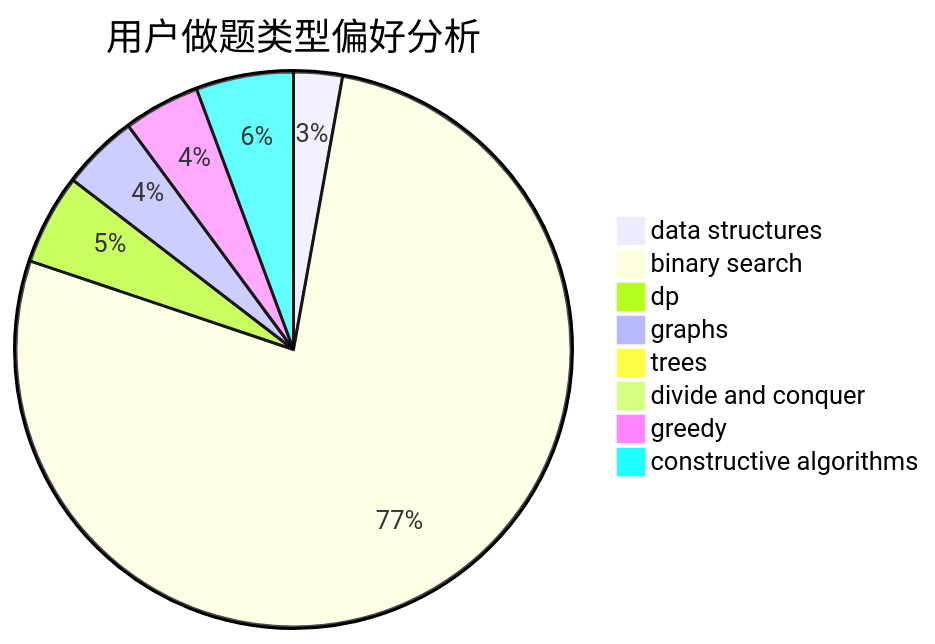
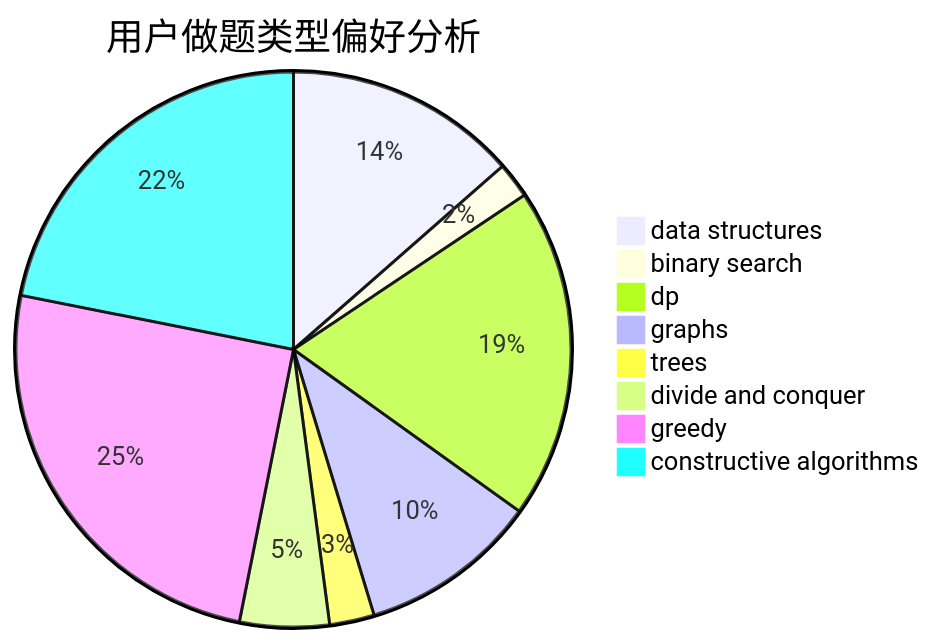
The second of 3 diagrams in docs/user/u1063.md (sherpahu/cfrs.github.io), drawn with Mermaid before and after one commit. The commit also changed other lines of this file and 2770 other files, not shown here.

````diff
--- a/docs/user/u1063.md
+++ b/docs/user/u1063.md
@@ -23,11 +23,11 @@
 ```mermaid
 pie title 用户做题类型偏好分析
-    "data structures" :  7
-    "binary search" :  191
-    "dp" :  13
-    "graphs" :  11
-    "trees" :  0
-    "divide and conquer" :  0
-    "greedy" :  11
-    "constructive algorithms" :  14
+    "data structures" :  26
+    "binary search" :  4
+    "dp" :  37
+    "graphs" :  20
+    "trees" :  5
+    "divide and conquer" :  10
+    "greedy" :  48
+    "constructive algorithms" :  42
 ```
````
